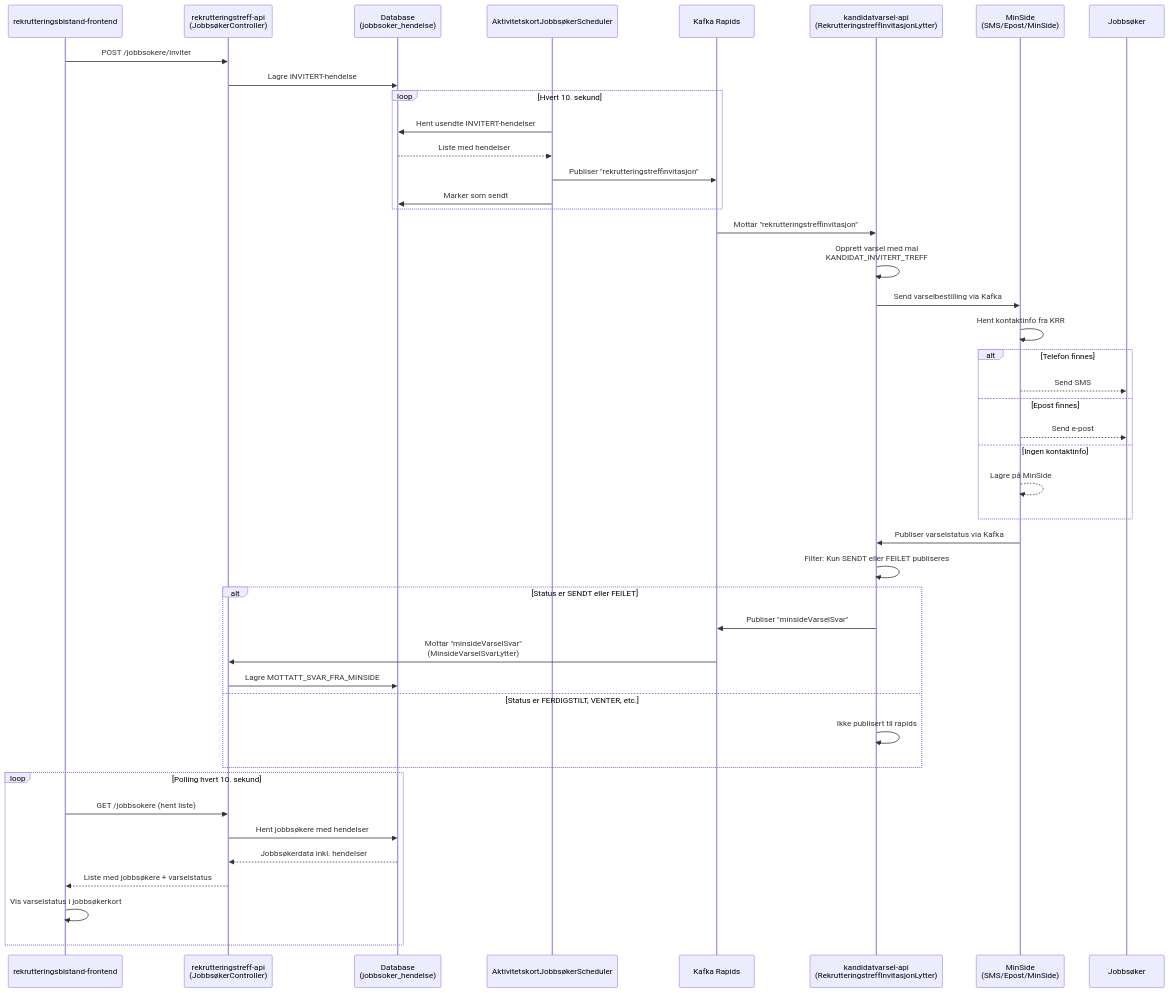
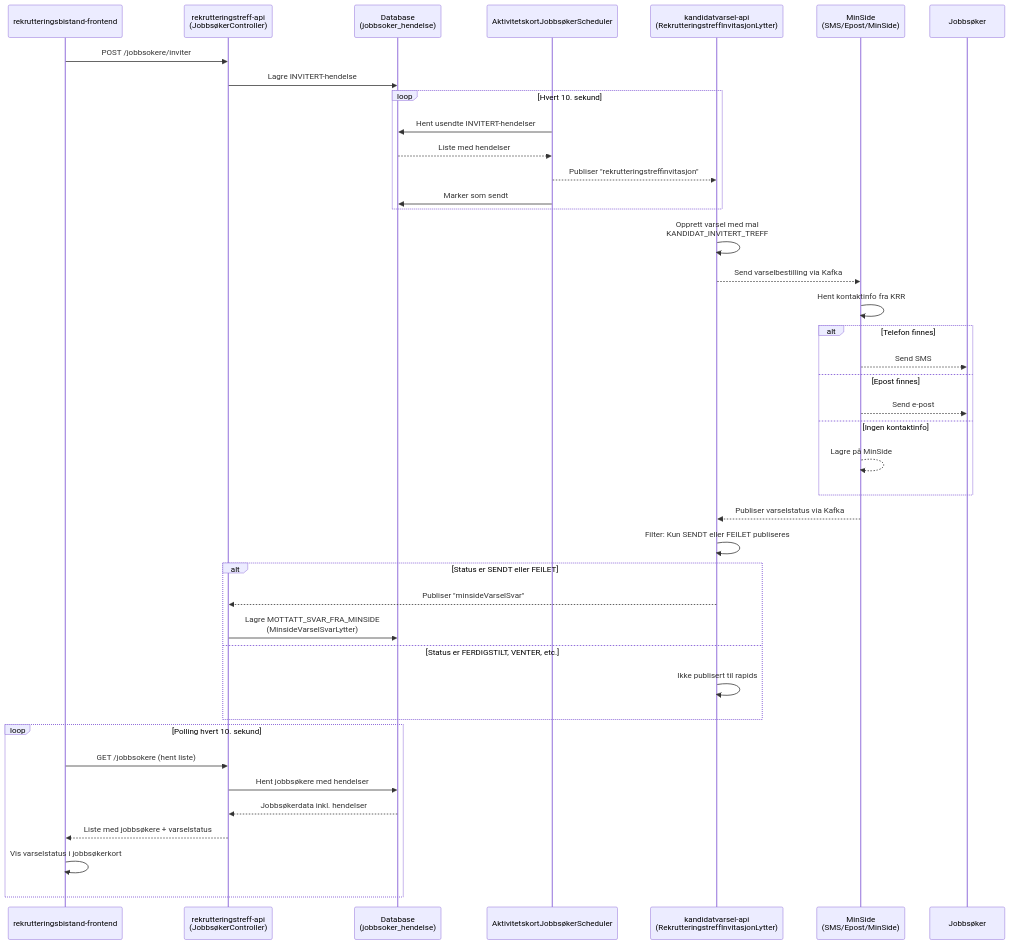
One commit to navikt/rekrutteringstreff-backend changed the first of 2 diagrams in docs/4-integrasjoner/varsling.md. Above: the diagram before and after it, drawn with Mermaid. The commit also changed other lines of this file and 2 other files, not shown here.

````diff
--- a/docs/4-integrasjoner/varsling.md
+++ b/docs/4-integrasjoner/varsling.md
@@ -41,52 +41,49 @@
 ```mermaid
 sequenceDiagram
     participant FE as rekrutteringsbistand-frontend
     participant API as rekrutteringstreff-api<br/>(JobbsøkerController)
     participant DB as Database<br/>(jobbsoker_hendelse)
     participant Scheduler as AktivitetskortJobbsøkerScheduler
-    participant Rapids as Kafka Rapids
     participant KV as kandidatvarsel-api<br/>(RekrutteringstreffInvitasjonLytter)
     participant MS as MinSide<br/>(SMS/Epost/MinSide)
 
     FE->>API: POST /jobbsokere/inviter
     API->>DB: Lagre INVITERT-hendelse
 
     loop Hvert 10. sekund
         Scheduler->>DB: Hent usendte INVITERT-hendelser
         DB-->>Scheduler: Liste med hendelser
-        Scheduler->>Rapids: Publiser "rekrutteringstreffinvitasjon"
+        Scheduler-->>KV: Publiser "rekrutteringstreffinvitasjon"
         Scheduler->>DB: Marker som sendt
     end
 
-    Rapids->>KV: Mottar "rekrutteringstreffinvitasjon"
     KV->>KV: Opprett varsel med mal<br/>KANDIDAT_INVITERT_TREFF
-    KV->>MS: Send varselbestilling via Kafka
+    KV-->>MS: Send varselbestilling via Kafka
 
     MS->>MS: Hent kontaktinfo fra KRR
     alt Telefon finnes
         MS-->>Jobbsøker: Send SMS
     else Epost finnes
         MS-->>Jobbsøker: Send e-post
     else Ingen kontaktinfo
         MS-->>MS: Lagre på MinSide
     end
 
-    MS->>KV: Publiser varselstatus via Kafka
+    MS-->>KV: Publiser varselstatus via Kafka
     KV->>KV: Filter: Kun SENDT eller FEILET publiseres
 
     alt Status er SENDT eller FEILET
-        KV->>Rapids: Publiser "minsideVarselSvar"
-        Rapids->>API: Mottar "minsideVarselSvar"<br/>(MinsideVarselSvarLytter)
-        API->>DB: Lagre MOTTATT_SVAR_FRA_MINSIDE
+        KV-->>API: Publiser "minsideVarselSvar"
+        API->>DB: Lagre MOTTATT_SVAR_FRA_MINSIDE<br/>(MinsideVarselSvarLytter)
     else Status er FERDIGSTILT, VENTER, etc.
         KV->>KV: Ikke publisert til rapids
     end
 
     loop Polling hvert 10. sekund
         FE->>API: GET /jobbsokere (hent liste)
         API->>DB: Hent jobbsøkere med hendelser
         DB-->>API: Jobbsøkerdata inkl. hendelser
         API-->>FE: Liste med jobbsøkere + varselstatus
         FE->>FE: Vis varselstatus i jobbsøkerkort
     end
 ```
````
